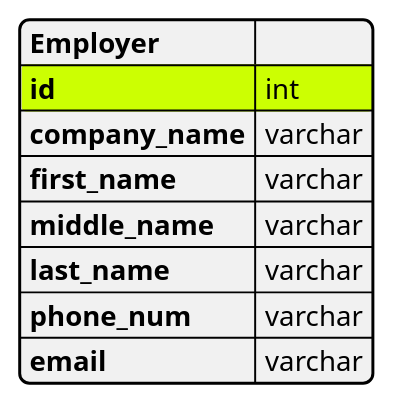
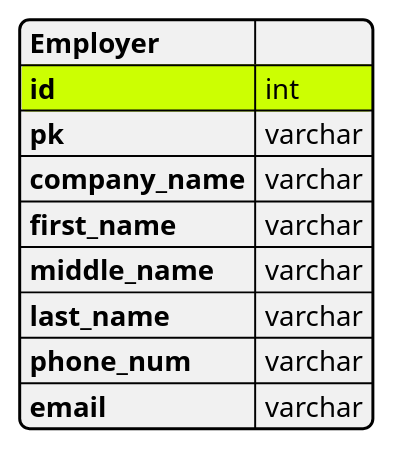
One commit to davidseddy1/ReputationIndex changed the diagram in docs/UML/employer_table.puml. Above: the diagram before and after it, drawn with PlantUML.

Commit message:
Update employer_table.puml
Adding pk to the table.

```diff
--- a/docs/UML/employer_table.puml
+++ b/docs/UML/employer_table.puml
@@ -1,16 +1,17 @@
 @startjson
 
 #highlight "id"
 
 {
     "Employer" : "",
     "id" : "int",
+    "pk" : "varchar", 
     "company_name" : "varchar",        
     "first_name" : "varchar",
     "middle_name" : "varchar",
     "last_name"  : "varchar",
     "phone_num" : "varchar",
     "email" : "varchar"
 }
 
 @endjson
```
